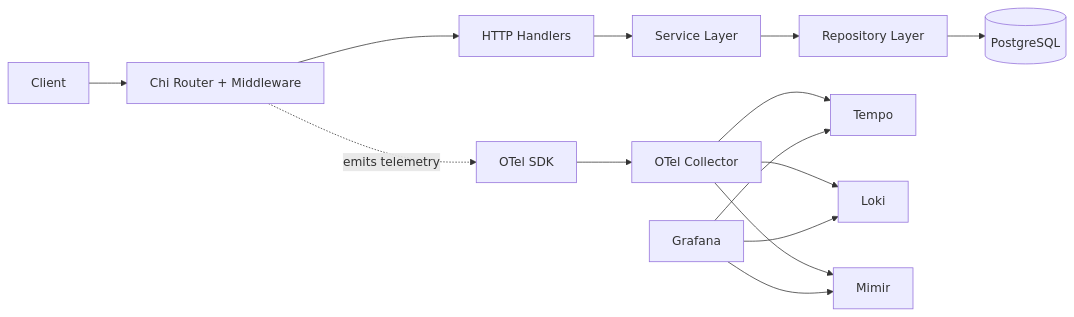
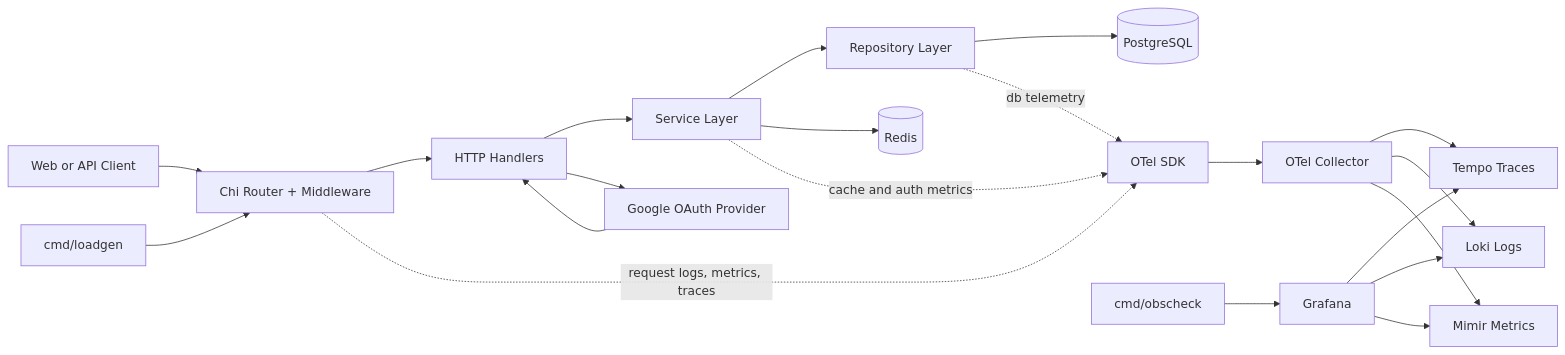
The diagram in README.md (sandeepkv93/everything-backend-starter-kit), drawn with Mermaid before and after one commit. The commit also changed other lines of this file and 1 other file, not shown here.

Commit message:
Refactor docs structure and add detailed system architecture diagram

````diff
--- a/README.md
+++ b/README.md
@@ -86,17 +47,28 @@
 ```mermaid
 flowchart LR
-    Client[Client] --> Router[Chi Router + Middleware]
+    User[Web or API Client] --> Router[Chi Router + Middleware]
     Router --> Handlers[HTTP Handlers]
     Handlers --> Services[Service Layer]
     Services --> Repos[Repository Layer]
     Repos --> DB[(PostgreSQL)]
+    Services --> Redis[(Redis)]
 
-    Router -. emits telemetry .-> OTel[OTel SDK]
-    OTel --> Collector[OTel Collector]
-    Collector --> Tempo[Tempo]
-    Collector --> Loki[Loki]
-    Collector --> Mimir[Mimir]
+    Handlers --> OAuth[Google OAuth Provider]
+    OAuth --> Handlers
+
+    Router -. request logs, metrics, traces .-> OTelSDK[OTel SDK]
+    Services -. cache and auth metrics .-> OTelSDK
+    Repos -. db telemetry .-> OTelSDK
+
+    OTelSDK --> Collector[OTel Collector]
+    Collector --> Tempo[Tempo Traces]
+    Collector --> Loki[Loki Logs]
+    Collector --> Mimir[Mimir Metrics]
+
     Grafana[Grafana] --> Tempo
     Grafana --> Loki
     Grafana --> Mimir
+
+    Loadgen[cmd/loadgen] --> Router
+    Obscheck[cmd/obscheck] --> Grafana
 ```
````
